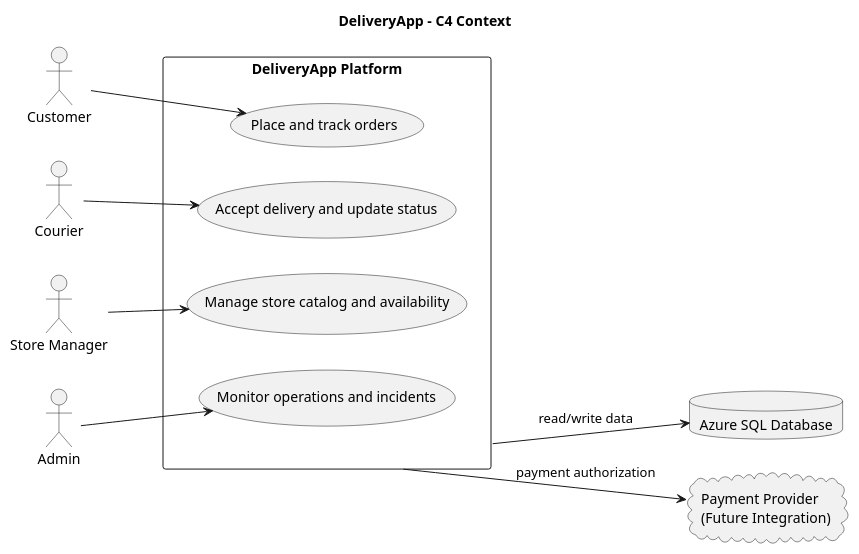
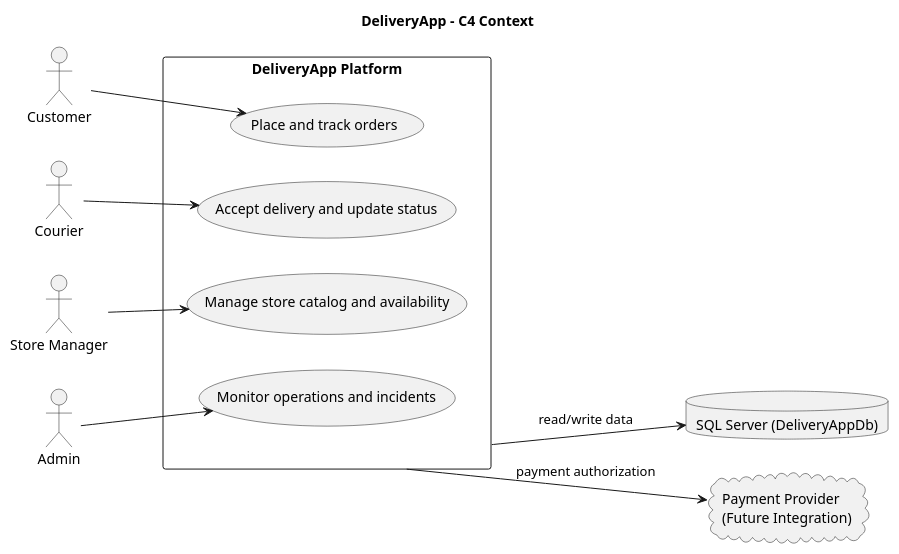
One commit to Mouffffff/DeliveryApp changed the diagram in docs/architecture/deliveryapp-c4-context.puml. Above: the diagram before and after it, drawn with PlantUML. The commit also changed 8 other files, not shown here.

Commit message:
docs: align architecture and API workflow documentation

```diff
--- a/docs/architecture/deliveryapp-c4-context.puml
+++ b/docs/architecture/deliveryapp-c4-context.puml
@@ -1,29 +1,29 @@
 @startuml
 title DeliveryApp - C4 Context
 left to right direction
 skinparam packageStyle rectangle
 
 actor "Customer" as Customer
 actor "Courier" as Courier
 actor "Store Manager" as StoreManager
 actor "Admin" as Admin
 
 rectangle "DeliveryApp Platform" as DeliveryApp {
   usecase "Place and track orders" as UC1
   usecase "Accept delivery and update status" as UC2
   usecase "Manage store catalog and availability" as UC3
   usecase "Monitor operations and incidents" as UC4
 }
 
-database "Azure SQL Database" as AzureSql
+database "SQL Server (DeliveryAppDb)" as SqlServer
 cloud "Payment Provider\n(Future Integration)" as PaymentProvider
 
 Customer --> UC1
 Courier --> UC2
 StoreManager --> UC3
 Admin --> UC4
 
-DeliveryApp --> AzureSql : read/write data
+DeliveryApp --> SqlServer : read/write data
 DeliveryApp --> PaymentProvider : payment authorization
 
 @enduml
```
